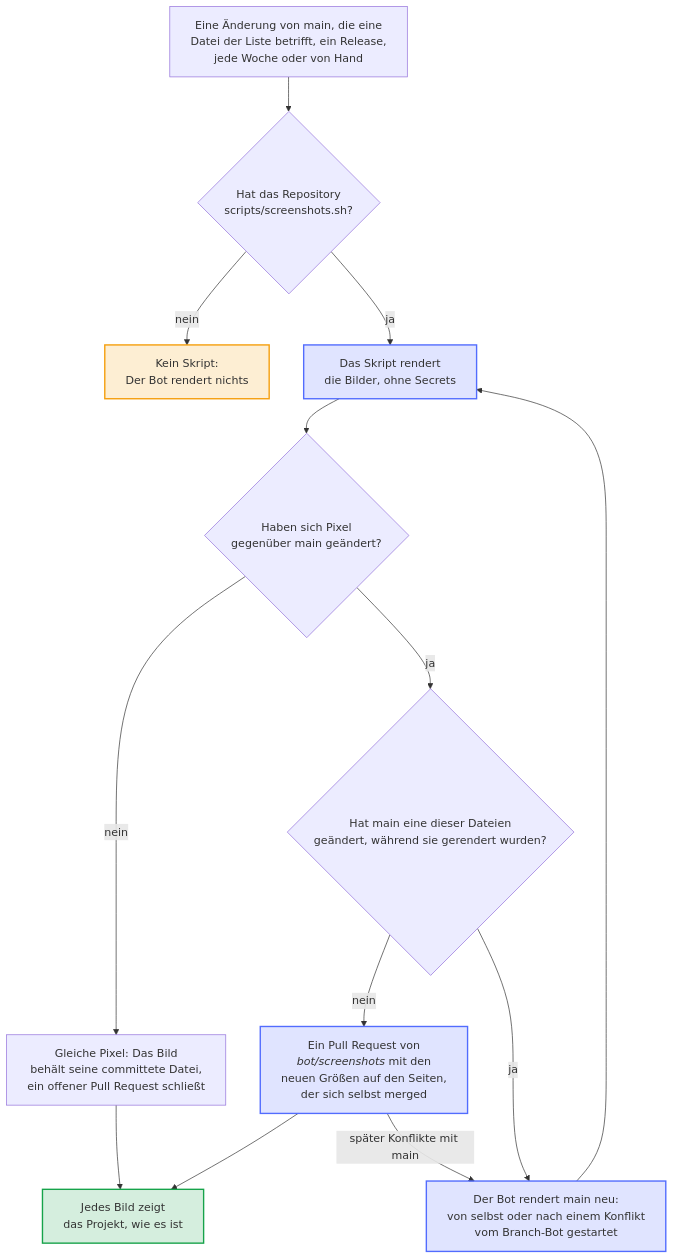
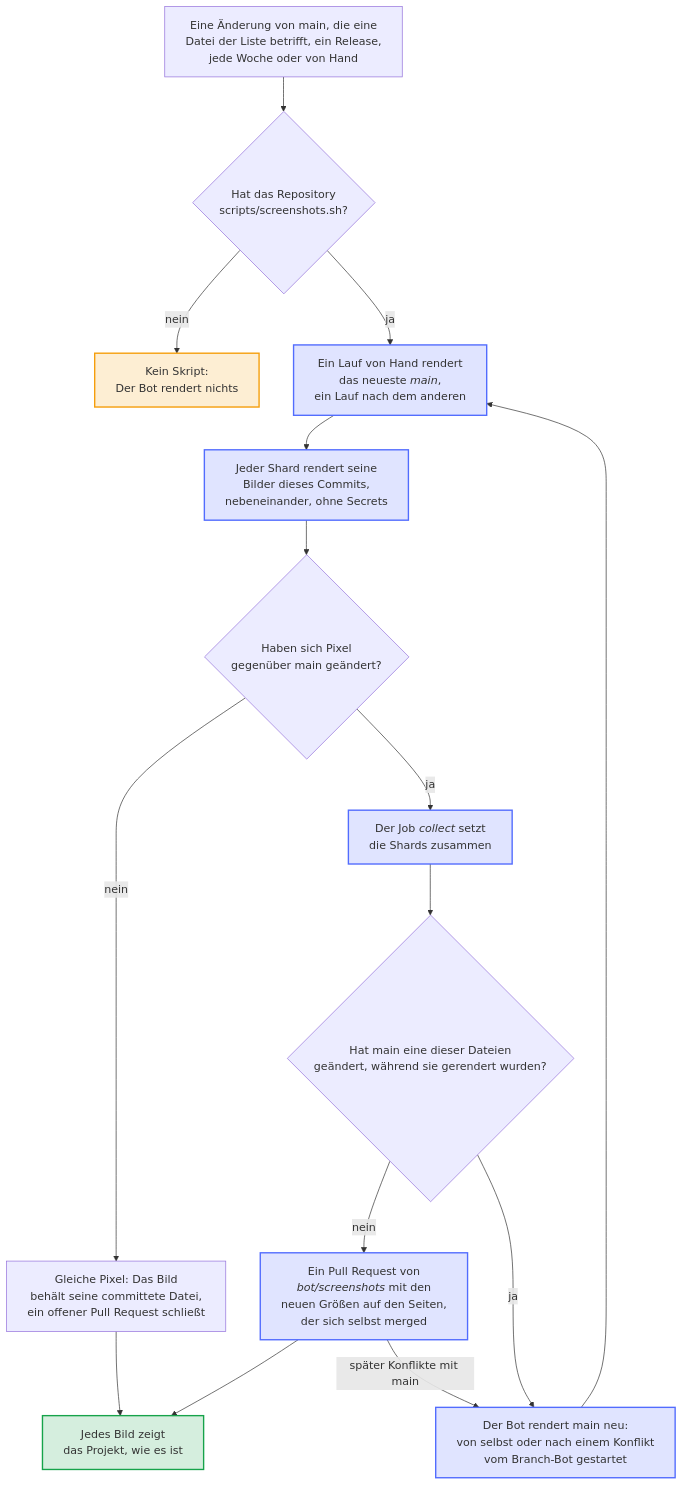
Before and after one commit to Dennis-Otto/repo-blueprint: the diagram in docs/diagrams/how-the-screenshots-renew-themselves.de.mmd, drawn with Mermaid. The commit also changed 20 other files, not shown here.

First line of the commit message:
feat: the screenshot bot renders in parallel shards, commits files besides pictures and keeps to an allowlist of hosts (#678)

```diff
--- a/docs/diagrams/how-the-screenshots-renew-themselves.de.mmd
+++ b/docs/diagrams/how-the-screenshots-renew-themselves.de.mmd
@@ -1,36 +1,38 @@
 ---
 config:
   flowchart:
     wrappingWidth: 400
 ---
 flowchart TB
     accTitle: Wie sich die Screenshots selbst erneuern
-    accDescr: Nach einer Änderung von main, die eine Datei aus .github/screenshots-paths.txt betrifft, nach jedem Release, jede Woche und auf Wunsch sucht der Screenshot-Bot scripts/screenshots.sh; ohne das Skript rendert er nichts. Das Skript rendert die Bilder ohne Secrets, und jedes Bild, dessen Pixel gleich blieben, behält seine committete Datei. Haben sich Pixel geändert und hat main keine dieser Dateien geändert, während sie gerendert wurden, hält ein Pull Request von bot/screenshots die neuen Bilder und die Breite und Höhe, die die Seiten für sie nennen, und merged sich selbst, sobald alle Prüfungen bestehen; sieht main aus wie gerendert, schließt der Bot ihn. Hat main inzwischen eine davon geändert, etwa weil der Pull Request davor gemergt wurde, oder hat der Pull Request später Konflikte mit main, rendert der Bot main neu: von selbst oder vom Branch-Bot gestartet. So zeigt jedes Bild das Projekt, wie es ist.
+    accDescr: Nach einer Änderung von main, die eine Datei aus .github/screenshots-paths.txt betrifft, nach jedem Release und jede Woche startet der Plan des Screenshot-Bots einen Lauf von Hand, wie es der Branch-Bot und ein Mensch tun; ohne scripts/screenshots.sh rendert der Bot nichts. Die Läufe von Hand rendern einer nach dem anderen das neueste main. Jeder Shard, den .github/screenshots.toml nennt, rendert seine Bilder dieses Commits nebeneinander, ohne Secrets, und jedes Bild, dessen Pixel gleich blieben, behält seine committete Datei. Haben sich Pixel geändert, setzt der Job collect die Shards zusammen, und hat main keine dieser Dateien geändert, während sie gerendert wurden, hält ein Pull Request von bot/screenshots die neuen Bilder, die Dateien, die die Einstellungen nennen, und die Breite und Höhe, die die Seiten für die Bilder nennen, und merged sich selbst, sobald alle Prüfungen bestehen; sieht main aus wie gerendert, schließt der Bot ihn. Hat main inzwischen eine davon geändert, etwa weil der Pull Request davor gemergt wurde, oder hat der Pull Request später Konflikte mit main, rendert der Bot main neu: von selbst oder vom Branch-Bot gestartet. So zeigt jedes Bild das Projekt, wie es ist.
 
     event["`Eine Änderung von main, die eine<br>Datei der Liste betrifft, ein Release,<br>jede Woche oder von Hand`"]
     script{"Hat das Repository<br>scripts/screenshots.sh?"}
     off["Kein Skript:<br>Der Bot rendert nichts"]
-    render["Das Skript rendert<br>die Bilder, ohne Secrets"]
+    queue["`Ein Lauf von Hand rendert<br>das neueste *main*,<br>ein Lauf nach dem anderen`"]
+    render["`Jeder Shard rendert seine<br>Bilder dieses Commits,<br>nebeneinander, ohne Secrets`"]
     pixels{"Haben sich Pixel<br>gegenüber main geändert?"}
     same["`Gleiche Pixel: Das Bild<br>behält seine committete Datei,<br>ein offener Pull Request schließt`"]
+    collect["`Der Job *collect* setzt<br>die Shards zusammen`"]
+    moved{"Hat main eine dieser Dateien<br>geändert, während sie gerendert wurden?"}
     pr["`Ein Pull Request von<br>*bot/screenshots* mit den<br>neuen Größen auf den Seiten,<br>der sich selbst merged`"]
-    moved{"Hat main eine dieser Dateien<br>geändert, während sie gerendert wurden?"}
     again["`Der Bot rendert main neu:<br>von selbst oder nach einem Konflikt<br>vom Branch-Bot gestartet`"]
     done["Jedes Bild zeigt<br>das Projekt, wie es ist"]
 
     event --> script
     script -- "nein" --> off
-    script -- "ja" --> render --> pixels
+    script -- "ja" --> queue --> render --> pixels
     pixels -- "nein" --> same --> done
-    pixels -- "ja" --> moved
+    pixels -- "ja" --> collect --> moved
     moved -- "nein" --> pr --> done
     moved -- "ja" --> again
     pr -- "später Konflikte mit main" --> again
-    again --> render
+    again --> queue
 
     classDef bot fill:#526cfe2e,stroke:#526cfe,stroke-width:2px
     classDef person fill:#f59e0b2e,stroke:#f59e0b,stroke-width:2px
     classDef done fill:#16a34a2e,stroke:#16a34a,stroke-width:2px
-    class render,pr,again bot
+    class queue,render,collect,pr,again bot
     class off person
     class done done
```
